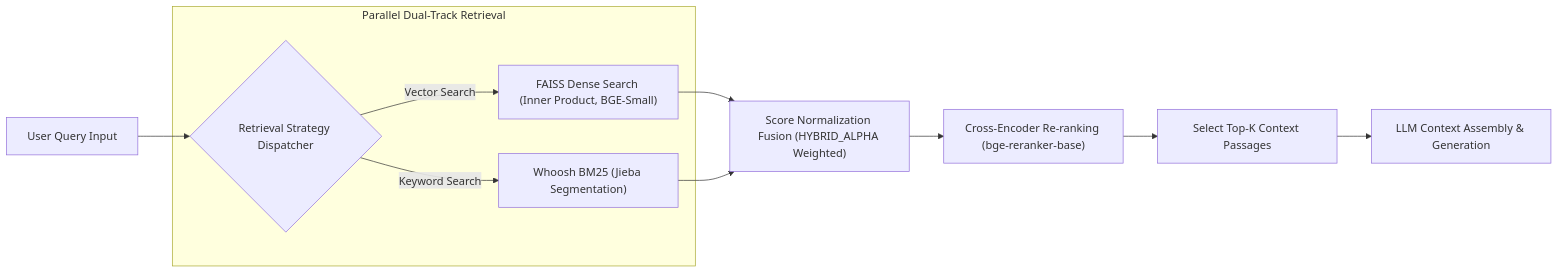
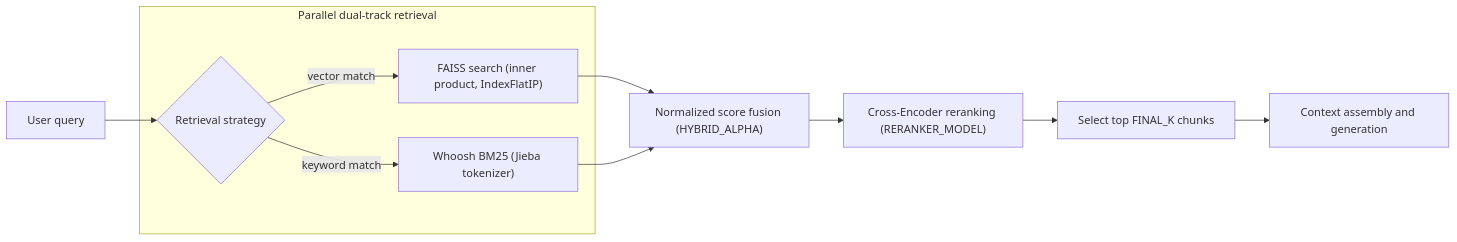
The second of 6 diagrams in docs/architecture_en.md (Scorpio-meow/AskMiao), drawn with Mermaid before and after one commit. The commit also changed other lines of this file and 15 other files, not shown here.

````diff
--- a/docs/architecture_en.md
+++ b/docs/architecture_en.md
@@ -58,16 +87,16 @@
 ```mermaid
 flowchart LR
-    Query["User Query Input"] --> Strategy{"Retrieval Strategy Dispatcher"}
-    
-    subgraph ParallelRetrieval ["Parallel Dual-Track Retrieval"]
-        Strategy -->|Vector Search| FAISS["FAISS Dense Search (Inner Product, BGE-Small)"]
-        Strategy -->|Keyword Search| BM25["Whoosh BM25 (Jieba Segmentation)"]
+    Query["User query"] --> Strategy{"Retrieval strategy"}
+
+    subgraph ParallelRetrieval ["Parallel dual-track retrieval"]
+        Strategy -->|vector match| FAISS["FAISS search (inner product, IndexFlatIP)"]
+        Strategy -->|keyword match| BM25["Whoosh BM25 (Jieba tokenizer)"]
     end
 
-    FAISS --> Merge["Score Normalization Fusion (HYBRID_ALPHA Weighted)"]
+    FAISS --> Merge["Normalized score fusion (HYBRID_ALPHA)"]
     BM25 --> Merge
-    
-    Merge --> Reranker["Cross-Encoder Re-ranking (bge-reranker-base)"]
-    Reranker --> TopK["Select Top-K Context Passages"]
-    TopK --> LLM["LLM Context Assembly & Generation"]
+
+    Merge --> Reranker["Cross-Encoder reranking (RERANKER_MODEL)"]
+    Reranker --> TopK["Select top FINAL_K chunks"]
+    TopK --> LLM["Context assembly and generation"]
 ```
````
